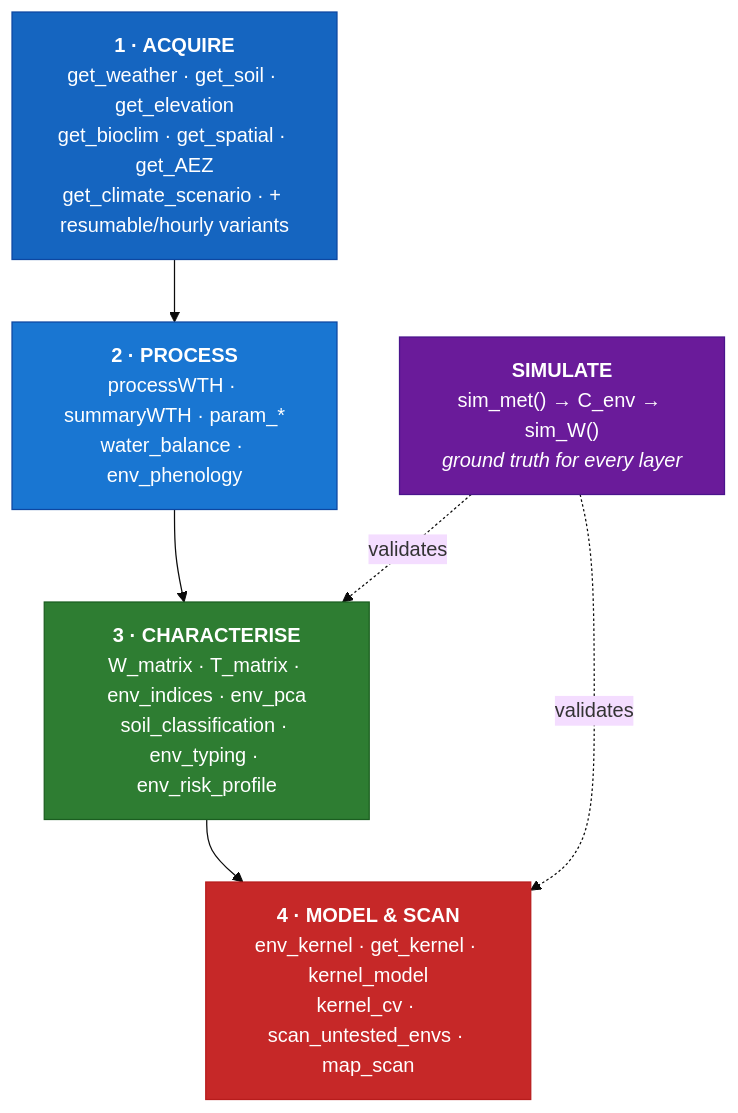
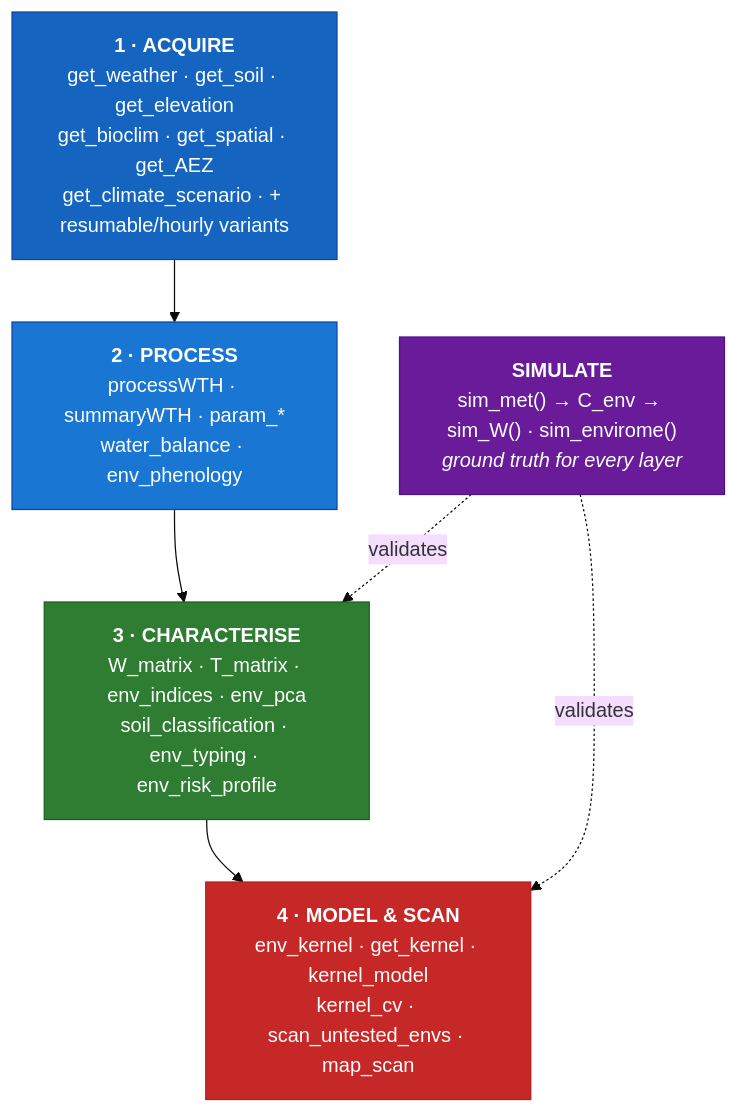
One commit to gcostaneto/EnvRtype changed the first of 5 diagrams in README.md. Above: the diagram before and after it, drawn with Mermaid (base theme). The commit also changed other lines of this file and 62 other files, not shown here.

Commit message:
updating v0.1.3, with sim_envirome() function added

````diff
--- a/README.md
+++ b/README.md
@@ -82,23 +82,23 @@
 ```mermaid
 flowchart TB
   L1["<b>1 · ACQUIRE</b><br/>get_weather · get_soil · get_elevation<br/>get_bioclim · get_spatial · get_AEZ<br/>get_climate_scenario · + resumable/hourly variants"]
   L2["<b>2 · PROCESS</b><br/>processWTH · summaryWTH · param_*<br/>water_balance · env_phenology"]
   L3["<b>3 · CHARACTERISE</b><br/>W_matrix · T_matrix · env_indices · env_pca<br/>soil_classification · env_typing · env_risk_profile"]
   L4["<b>4 · MODEL &amp; SCAN</b><br/>env_kernel · get_kernel · kernel_model<br/>kernel_cv · scan_untested_envs · map_scan"]
-  SIM["<b>SIMULATE</b><br/>sim_met() → C_env → sim_W()<br/><i>ground truth for every layer</i>"]
+  SIM["<b>SIMULATE</b><br/>sim_met() → C_env → sim_W() · sim_envirome()<br/><i>ground truth for every layer</i>"]
 
   L1 --> L2 --> L3 --> L4
   SIM -.->|"validates"| L3
   SIM -.->|"validates"| L4
 
   classDef l1 fill:#1565c0,stroke:#0d47a1,color:#fff
   classDef l2 fill:#1976d2,stroke:#0d47a1,color:#fff
   classDef l3 fill:#2e7d32,stroke:#1b5e20,color:#fff
   classDef l4 fill:#c62828,stroke:#b71c1c,color:#fff
   classDef sim fill:#6a1b9a,stroke:#4a148c,color:#fff
   class L1 l1
   class L2 l2
   class L3 l3
   class L4 l4
   class SIM sim
 ```
````
